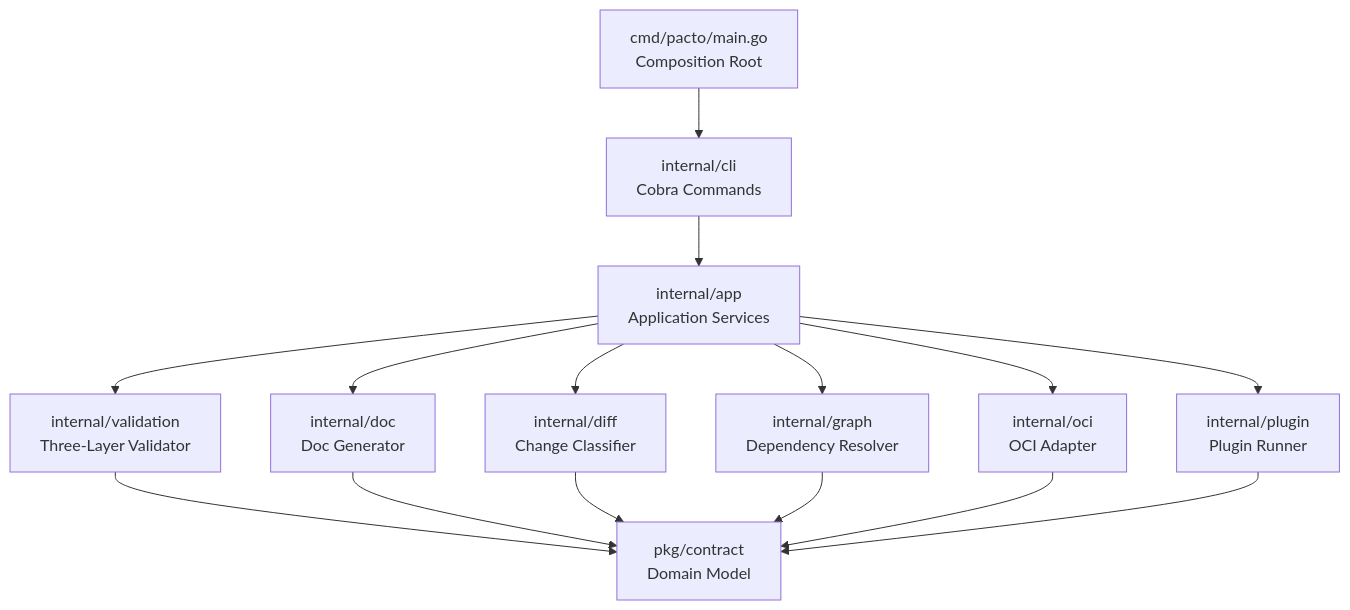
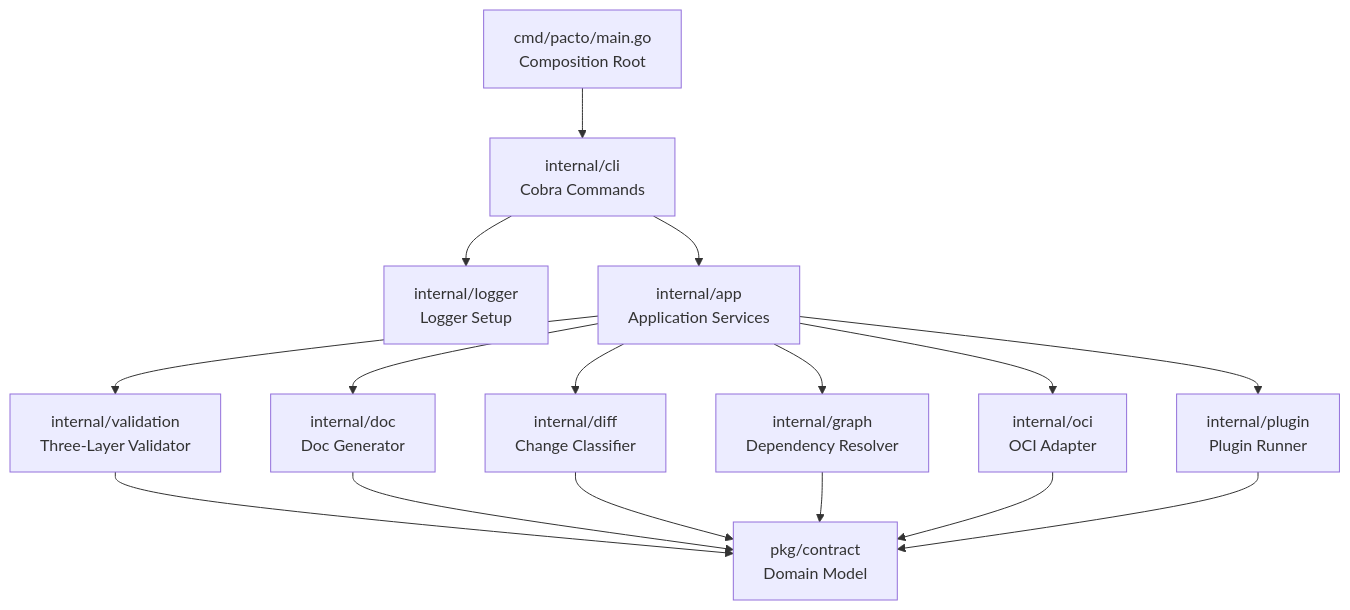
Before and after one commit to TrianaLab/pacto: the first of 2 diagrams in docs/architecture.md, drawn with Mermaid. The commit also changed other lines of this file and 5 other files, not shown here.

````diff
--- a/docs/architecture.md
+++ b/docs/architecture.md
@@ -24,17 +24,18 @@
 ```mermaid
 graph TD
     MAIN[cmd/pacto/main.go<br/>Composition Root] --> CLI[internal/cli<br/>Cobra Commands]
+    CLI --> LOG[internal/logger<br/>Logger Setup]
     CLI --> APP[internal/app<br/>Application Services]
     APP --> VAL[internal/validation<br/>Three-Layer Validator]
     APP --> DIFF[internal/diff<br/>Change Classifier]
     APP --> GRAPH[internal/graph<br/>Dependency Resolver]
     APP --> OCI[internal/oci<br/>OCI Adapter]
     APP --> PLUG[internal/plugin<br/>Plugin Runner]
     APP --> DOC[internal/doc<br/>Doc Generator]
     VAL --> CONTRACT[pkg/contract<br/>Domain Model]
     DOC --> CONTRACT
     DIFF --> CONTRACT
     GRAPH --> CONTRACT
     OCI --> CONTRACT
     PLUG --> CONTRACT
 ```
````
